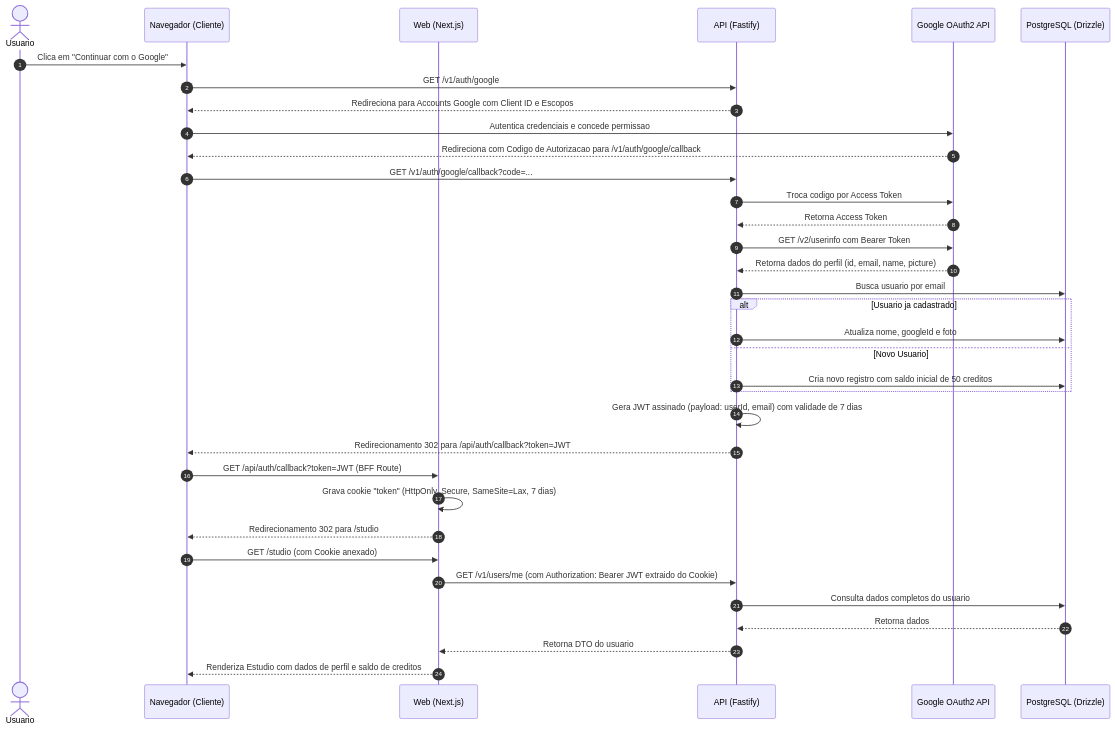
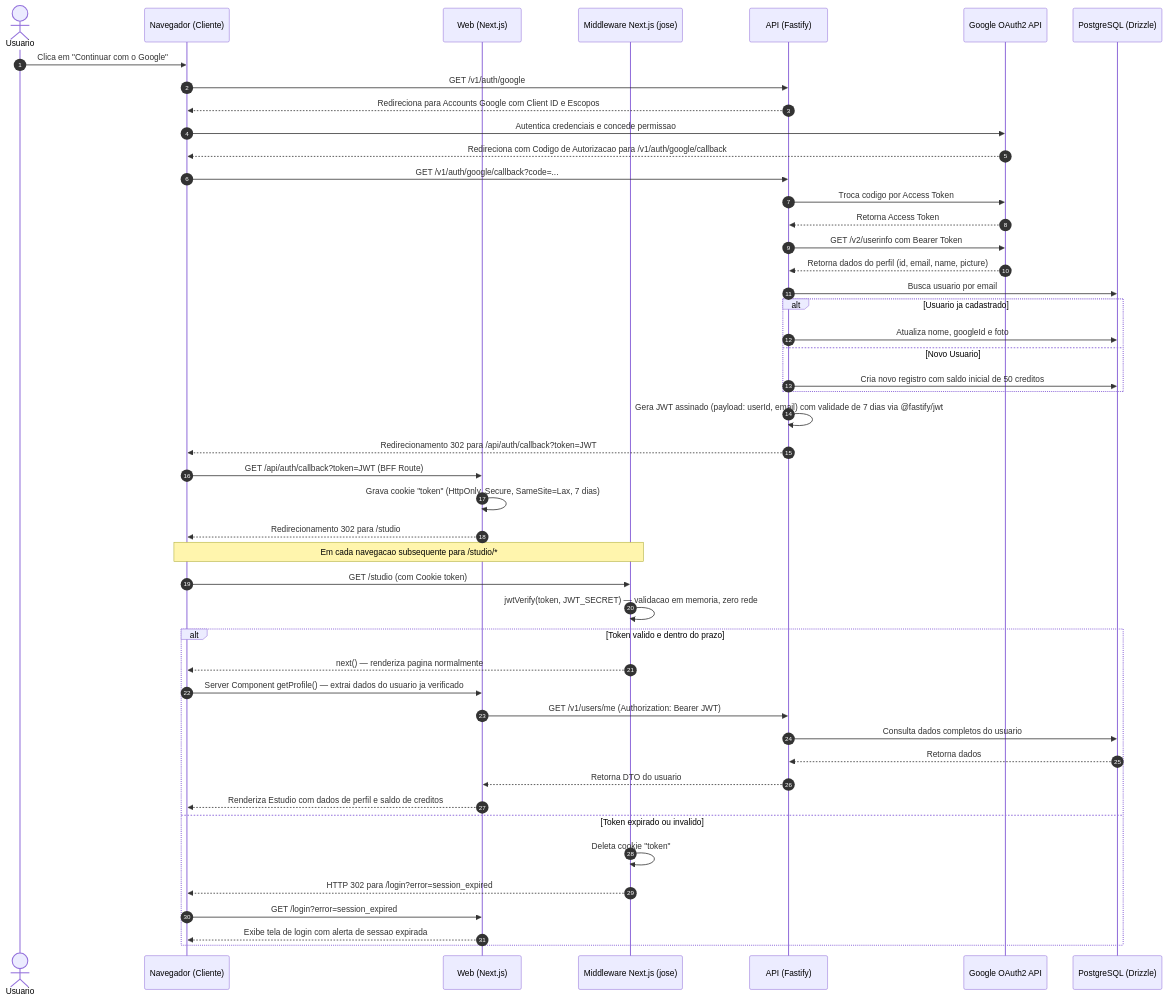
One commit to ilanzgx/usekroma changed the third of 7 diagrams in docs/architecture.md. Above: the diagram before and after it, drawn with Mermaid. The commit also changed other lines of this file and 13 other files, not shown here.

Commit message:
feat(web): robust session validation with jose local JWT verification and centralised 401 interceptor

````diff
--- a/docs/architecture.md
+++ b/docs/architecture.md
@@ -225,38 +225,51 @@
 ```mermaid
 sequenceDiagram
     autonumber
     actor User as Usuario
     participant Browser as Navegador (Cliente)
     participant Web as Web (Next.js)
+    participant Middleware as Middleware Next.js (jose)
     participant API as API (Fastify)
     participant Google as Google OAuth2 API
     participant DB as PostgreSQL (Drizzle)
 
     User->>Browser: Clica em "Continuar com o Google"
     Browser->>API: GET /v1/auth/google
     API-->>Browser: Redireciona para Accounts Google com Client ID e Escopos
     Browser->>Google: Autentica credenciais e concede permissao
     Google-->>Browser: Redireciona com Codigo de Autorizacao para /v1/auth/google/callback
     Browser->>API: GET /v1/auth/google/callback?code=...
     API->>Google: Troca codigo por Access Token
     Google-->>API: Retorna Access Token
     API->>Google: GET /v2/userinfo com Bearer Token
     Google-->>API: Retorna dados do perfil (id, email, name, picture)
     API->>DB: Busca usuario por email
     alt Usuario ja cadastrado
         API->>DB: Atualiza nome, googleId e foto
     else Novo Usuario
         API->>DB: Cria novo registro com saldo inicial de 50 creditos
     end
-    API->>API: Gera JWT assinado (payload: userId, email) com validade de 7 dias
+    API->>API: Gera JWT assinado (payload: userId, email) com validade de 7 dias via @fastify/jwt
     API-->>Browser: Redirecionamento 302 para /api/auth/callback?token=JWT
     Browser->>Web: GET /api/auth/callback?token=JWT (BFF Route)
     Web->>Web: Grava cookie "token" (HttpOnly, Secure, SameSite=Lax, 7 dias)
     Web-->>Browser: Redirecionamento 302 para /studio
-    Browser->>Web: GET /studio (com Cookie anexado)
-    Web->>API: GET /v1/users/me (com Authorization: Bearer JWT extraido do Cookie)
-    API->>DB: Consulta dados completos do usuario
-    DB-->>API: Retorna dados
-    API-->>Web: Retorna DTO do usuario
-    Web-->>Browser: Renderiza Estudio com dados de perfil e saldo de creditos
+
+    Note over Browser,Middleware: Em cada navegacao subsequente para /studio/*
+    Browser->>Middleware: GET /studio (com Cookie token)
+    Middleware->>Middleware: jwtVerify(token, JWT_SECRET) — validacao em memoria, zero rede
+    alt Token valido e dentro do prazo
+        Middleware-->>Browser: next() — renderiza pagina normalmente
+        Browser->>Web: Server Component getProfile() — extrai dados do usuario ja verificado
+        Web->>API: GET /v1/users/me (Authorization: Bearer JWT)
+        API->>DB: Consulta dados completos do usuario
+        DB-->>API: Retorna dados
+        API-->>Web: Retorna DTO do usuario
+        Web-->>Browser: Renderiza Estudio com dados de perfil e saldo de creditos
+    else Token expirado ou invalido
+        Middleware->>Middleware: Deleta cookie "token"
+        Middleware-->>Browser: HTTP 302 para /login?error=session_expired
+        Browser->>Web: GET /login?error=session_expired
+        Web-->>Browser: Exibe tela de login com alerta de sessao expirada
+    end
 ```
````
